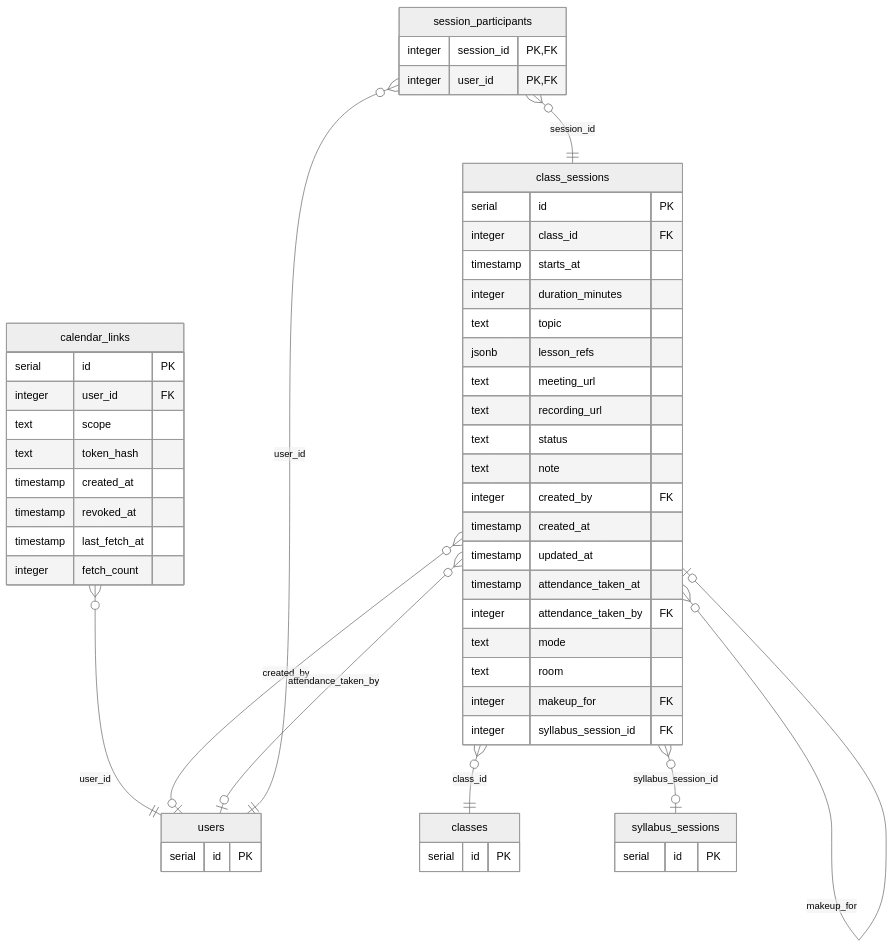
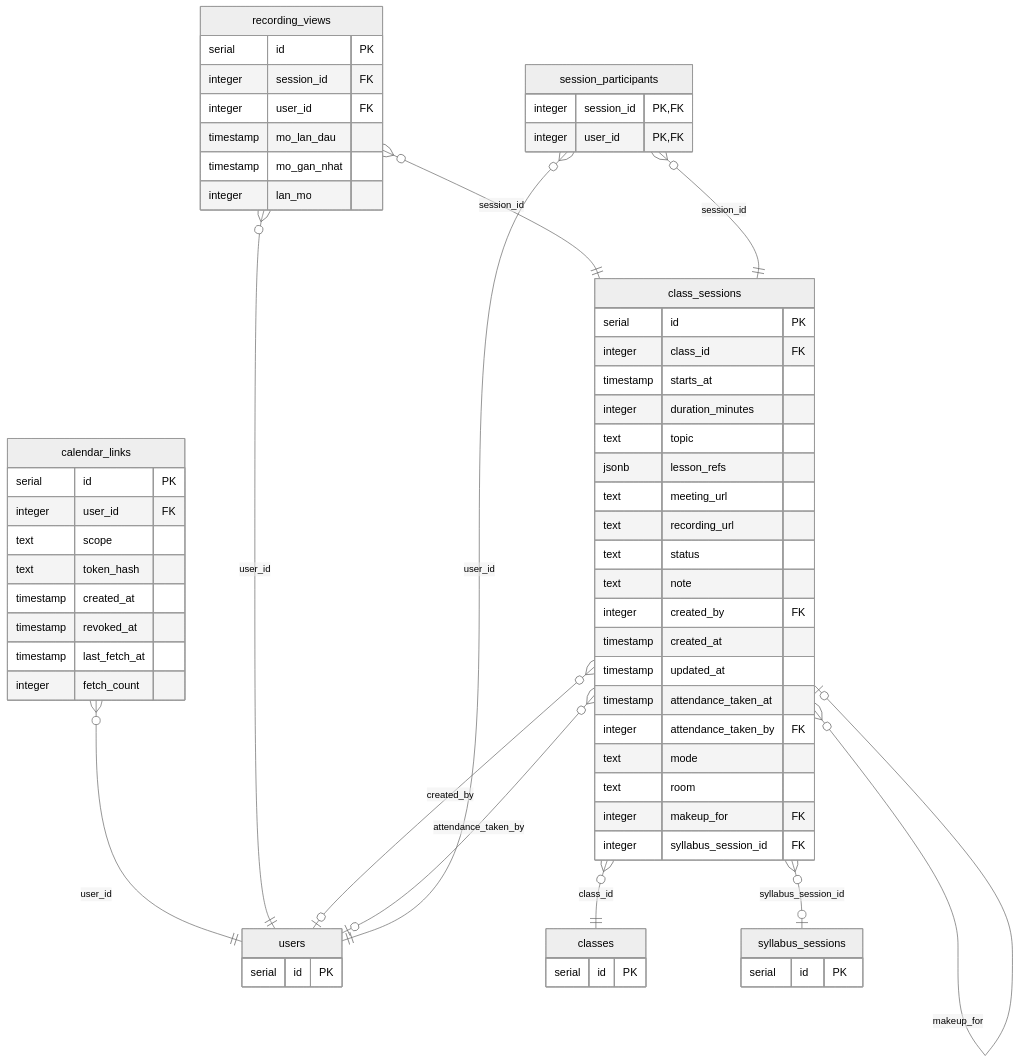
The second of 12 diagrams in docs/CAU_TRUC_DU_LIEU.md (PCBoiz/PE_hsa), drawn with Mermaid (neutral theme) before and after one commit. The commit also changed other lines of this file and 15 other files, not shown here.

````diff
--- a/docs/CAU_TRUC_DU_LIEU.md
+++ b/docs/CAU_TRUC_DU_LIEU.md
@@ -214,55 +214,65 @@
 ```mermaid
 erDiagram
     calendar_links {
         serial id PK
         integer user_id FK
         text scope
         text token_hash
         timestamp created_at
         timestamp revoked_at
         timestamp last_fetch_at
         integer fetch_count
+    }
+    recording_views {
+        serial id PK
+        integer session_id FK
+        integer user_id FK
+        timestamp mo_lan_dau
+        timestamp mo_gan_nhat
+        integer lan_mo
     }
     class_sessions {
         serial id PK
         integer class_id FK
         timestamp starts_at
         integer duration_minutes
         text topic
         jsonb lesson_refs
         text meeting_url
         text recording_url
         text status
         text note
         integer created_by FK
         timestamp created_at
         timestamp updated_at
         timestamp attendance_taken_at
         integer attendance_taken_by FK
         text mode
         text room
         integer makeup_for FK
         integer syllabus_session_id FK
     }
     session_participants {
         integer session_id PK,FK
         integer user_id PK,FK
     }
     users {
         serial id PK
     }
     classes {
         serial id PK
     }
     syllabus_sessions {
         serial id PK
     }
     calendar_links }o--|| users : "user_id"
+    recording_views }o--|| class_sessions : "session_id"
+    recording_views }o--|| users : "user_id"
     class_sessions }o--|| classes : "class_id"
     class_sessions }o--o| users : "created_by"
     class_sessions }o--o| users : "attendance_taken_by"
     class_sessions }o--o| class_sessions : "makeup_for"
     class_sessions }o--o| syllabus_sessions : "syllabus_session_id"
     session_participants }o--|| class_sessions : "session_id"
     session_participants }o--|| users : "user_id"
 ```
````
